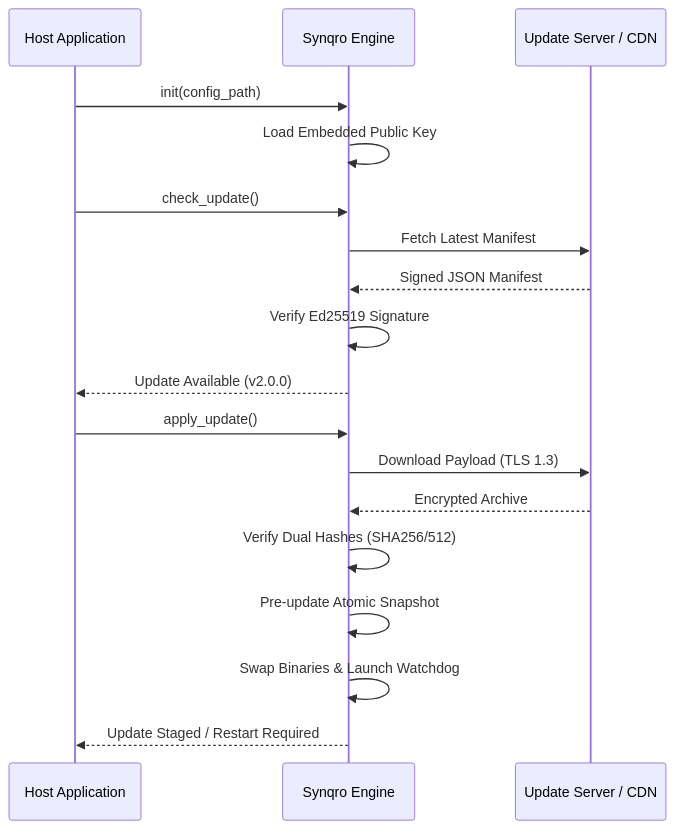
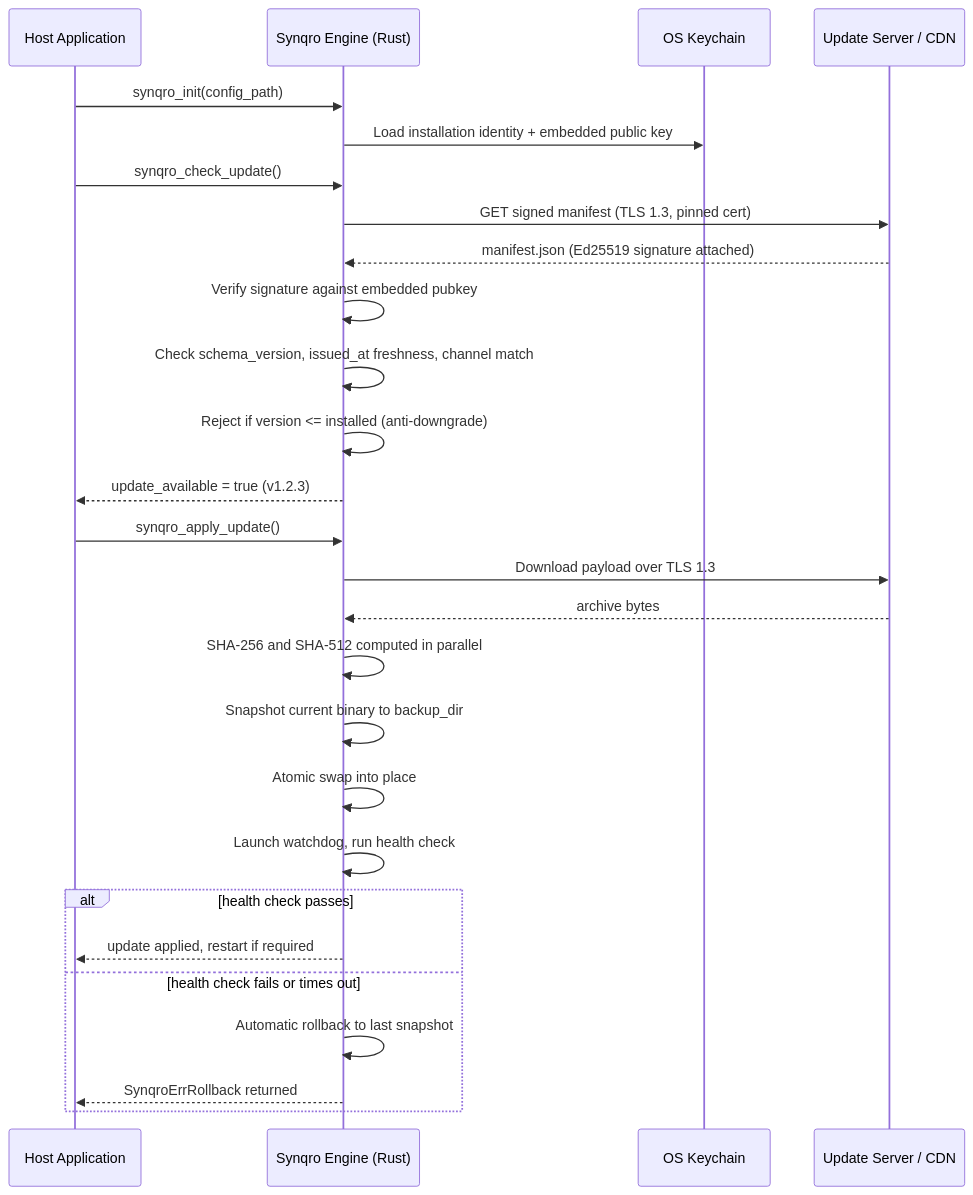
The diagram in README.md (MrGuevar4/synqro), drawn with Mermaid before and after one commit. The commit also changed other lines of this file, not shown here.

Commit message:
Rewrite README: full architecture, usage examples, security model, and roadmap

````diff
--- a/README.md
+++ b/README.md
@@ -27,22 +60,31 @@
 ```mermaid
 sequenceDiagram
     participant App as Host Application
-    participant Engine as Synqro Engine
+    participant Core as Synqro Engine (Rust)
+    participant KC as OS Keychain
     participant CDN as Update Server / CDN
 
-    App->>Engine: init(config_path)
-    Engine->>Engine: Load Embedded Public Key
-    App->>Engine: check_update()
-    Engine->>CDN: Fetch Latest Manifest
-    CDN-->>Engine: Signed JSON Manifest
-    Engine->>Engine: Verify Ed25519 Signature
-    Engine-->>App: Update Available (v2.0.0)
-    
-    App->>Engine: apply_update()
-    Engine->>CDN: Download Payload (TLS 1.3)
-    CDN-->>Engine: Encrypted Archive
-    Engine->>Engine: Verify Dual Hashes (SHA256/512)
-    Engine->>Engine: Pre-update Atomic Snapshot
-    Engine->>Engine: Swap Binaries & Launch Watchdog
-    Engine-->>App: Update Staged / Restart Required
+    App->>Core: synqro_init(config_path)
+    Core->>KC: Load installation identity + embedded public key
+    App->>Core: synqro_check_update()
+    Core->>CDN: GET signed manifest (TLS 1.3, pinned cert)
+    CDN-->>Core: manifest.json (Ed25519 signature attached)
+    Core->>Core: Verify signature against embedded pubkey
+    Core->>Core: Check schema_version, issued_at freshness, channel match
+    Core->>Core: Reject if version <= installed (anti-downgrade)
+    Core-->>App: update_available = true (v1.2.3)
+
+    App->>Core: synqro_apply_update()
+    Core->>CDN: Download payload over TLS 1.3
+    CDN-->>Core: archive bytes
+    Core->>Core: SHA-256 and SHA-512 computed in parallel
+    Core->>Core: Snapshot current binary to backup_dir
+    Core->>Core: Atomic swap into place
+    Core->>Core: Launch watchdog, run health check
+    alt health check passes
+        Core-->>App: update applied, restart if required
+    else health check fails or times out
+        Core->>Core: Automatic rollback to last snapshot
+        Core-->>App: SynqroErrRollback returned
+    end
 ```
````
